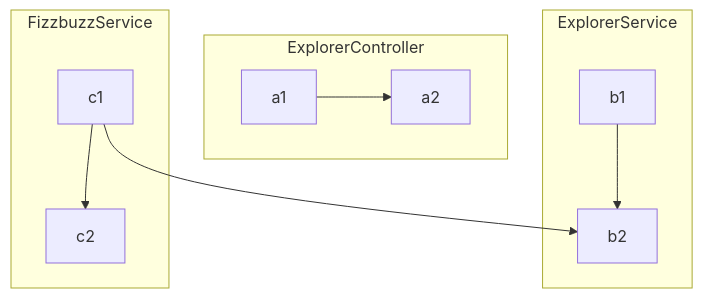
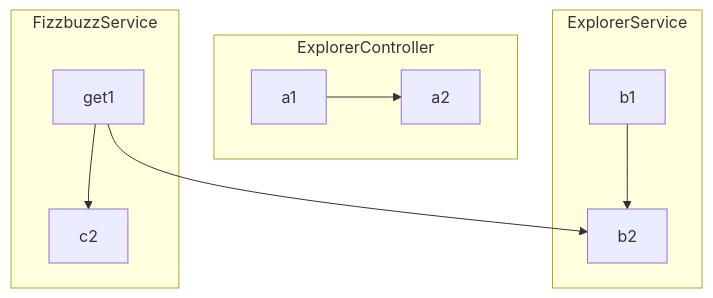
The diagram in README.md (AliciaGaona/fizzbuzz), drawn with Mermaid before and after one commit.

````diff
--- a/README.md
+++ b/README.md
@@ -12,13 +12,13 @@
 ```mermaid
 flowchart TB
-    c1-->b2
+    get1-->b2
     subgraph ExplorerController
     a1-->a2
     end
     subgraph ExplorerService
     b1-->b2
     end
     subgraph FizzbuzzService
-    c1-->c2
+   get1-->c2
     end
 ```
````
